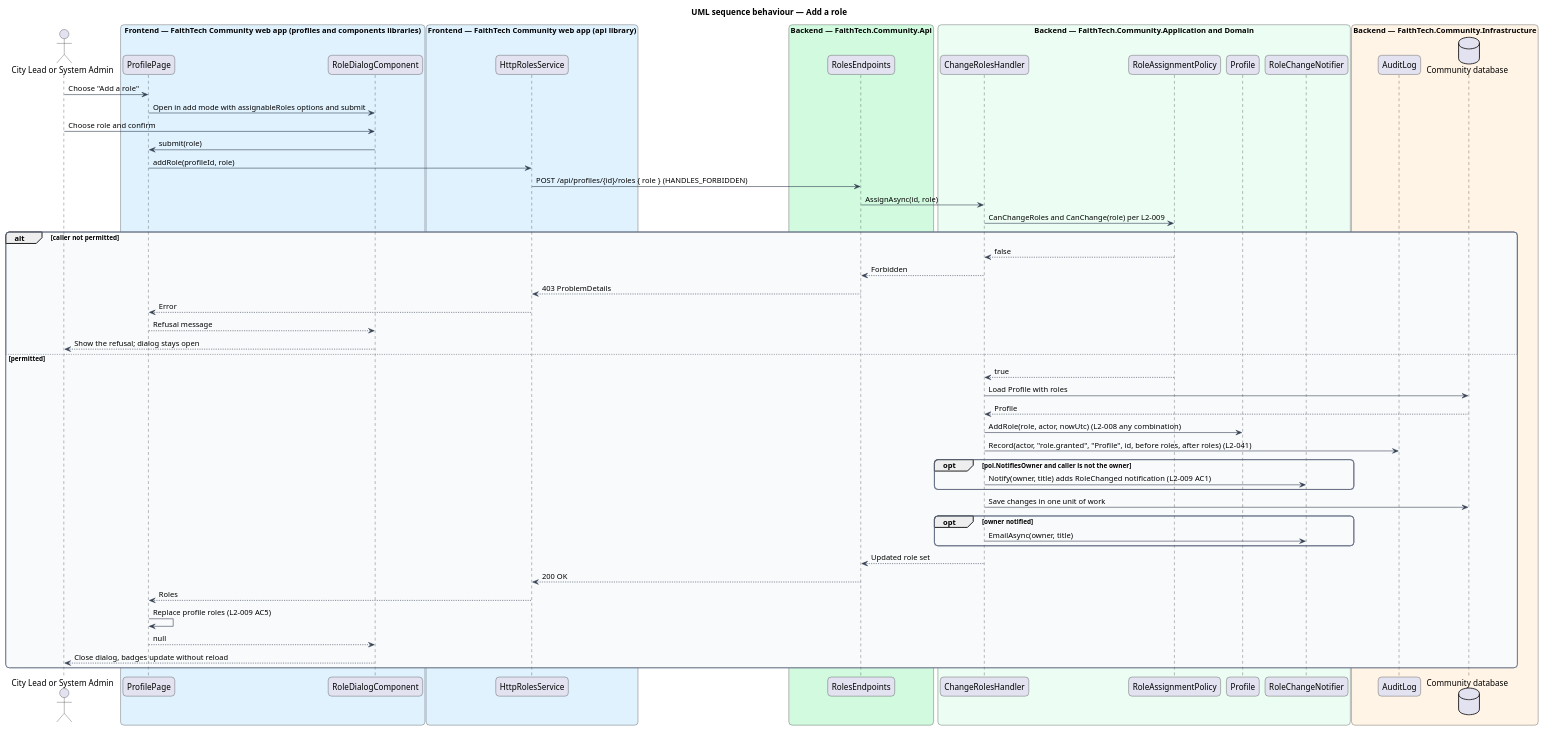
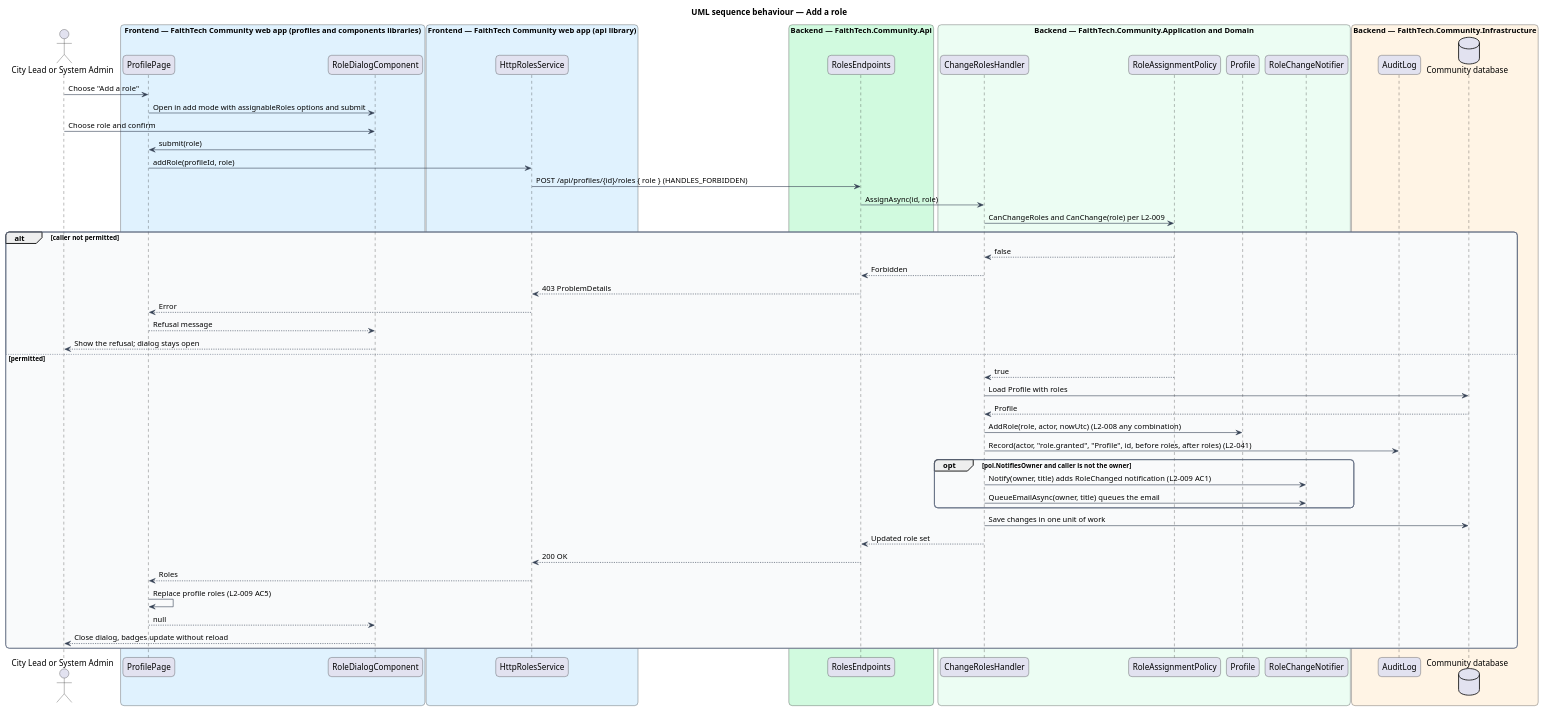
One commit to QuinntyneBrown/faithtech-community changed the diagram in docs/detailed-designs/admin/assign-roles/diagrams/sequence-add-role.puml. Above: the diagram before and after it, drawn with PlantUML. The commit also changed 50 other files, not shown here.

```diff
--- a/docs/detailed-designs/admin/assign-roles/diagrams/sequence-add-role.puml
+++ b/docs/detailed-designs/admin/assign-roles/diagrams/sequence-add-role.puml
@@ -1,73 +1,71 @@
 @startuml
 title UML sequence behaviour — Add a role
 skinparam backgroundColor #FFFFFF
 skinparam shadowing false
 skinparam roundcorner 12
 skinparam defaultFontName Arial
 skinparam ArrowColor #344054
 skinparam rectangle {
   BorderColor #344054
   FontColor #101828
 }
 skinparam package {
   BorderColor #667085
   FontColor #101828
   BackgroundColor #F9FAFB
 }
 actor "City Lead or System Admin" as actor
 box "Frontend — FaithTech Community web app (profiles and components libraries)" #E0F2FE
   participant "ProfilePage" as page
   participant "RoleDialogComponent" as dlg
 end box
 box "Frontend — FaithTech Community web app (api library)" #E0F2FE
   participant "HttpRolesService" as svc
 end box
 box "Backend — FaithTech.Community.Api" #D1FADF
   participant "RolesEndpoints" as ep
 end box
 box "Backend — FaithTech.Community.Application and Domain" #ECFDF3
   participant "ChangeRolesHandler" as h
   participant "RoleAssignmentPolicy" as pol
   participant "Profile" as prof
   participant "RoleChangeNotifier" as notify
 end box
 box "Backend — FaithTech.Community.Infrastructure" #FFF4E5
   participant "AuditLog" as audit
   database "Community database" as db
 end box
 actor -> page : Choose "Add a role"
 page -> dlg : Open in add mode with assignableRoles options and submit
 actor -> dlg : Choose role and confirm
 dlg -> page : submit(role)
 page -> svc : addRole(profileId, role)
 svc -> ep : POST /api/profiles/{id}/roles { role } (HANDLES_FORBIDDEN)
 ep -> h : AssignAsync(id, role)
 h -> pol : CanChangeRoles and CanChange(role) per L2-009
 alt caller not permitted
   pol --> h : false
   h --> ep : Forbidden
   ep --> svc : 403 ProblemDetails
   svc --> page : Error
   page --> dlg : Refusal message
   dlg --> actor : Show the refusal; dialog stays open
 else permitted
   pol --> h : true
   h -> db : Load Profile with roles
   db --> h : Profile
   h -> prof : AddRole(role, actor, nowUtc) (L2-008 any combination)
   h -> audit : Record(actor, "role.granted", "Profile", id, before roles, after roles) (L2-041)
   opt pol.NotifiesOwner and caller is not the owner
     h -> notify : Notify(owner, title) adds RoleChanged notification (L2-009 AC1)
+    h -> notify : QueueEmailAsync(owner, title) queues the email
   end
   h -> db : Save changes in one unit of work
-  opt owner notified
-    h -> notify : EmailAsync(owner, title)
-  end
   h --> ep : Updated role set
   ep --> svc : 200 OK
   svc --> page : Roles
   page -> page : Replace profile roles (L2-009 AC5)
   page --> dlg : null
   dlg --> actor : Close dialog, badges update without reload
 end
 @enduml
```
